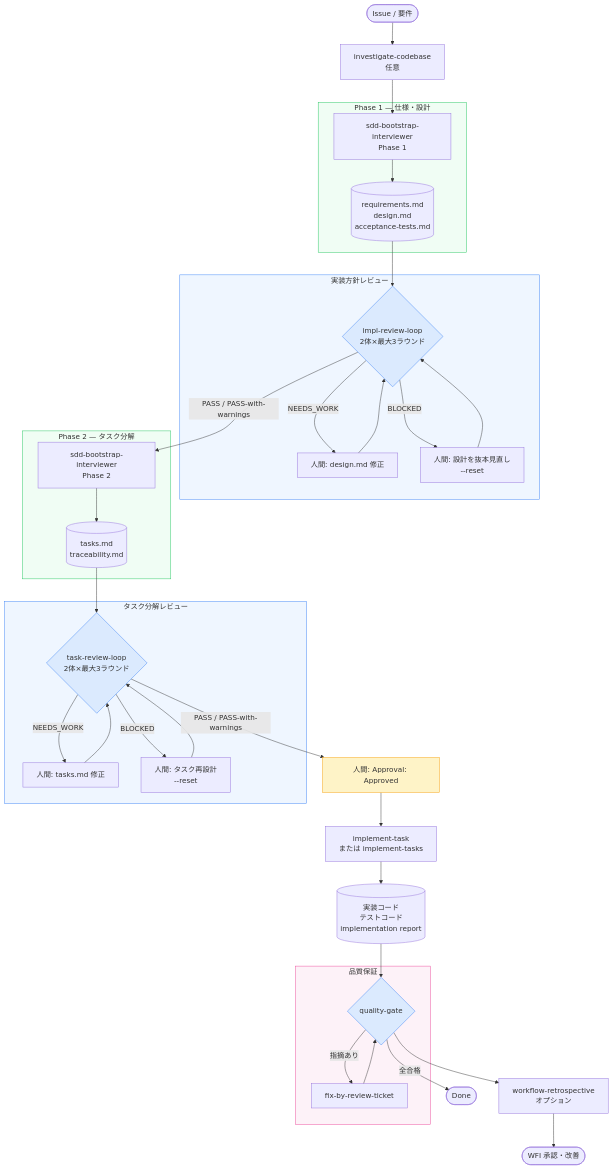
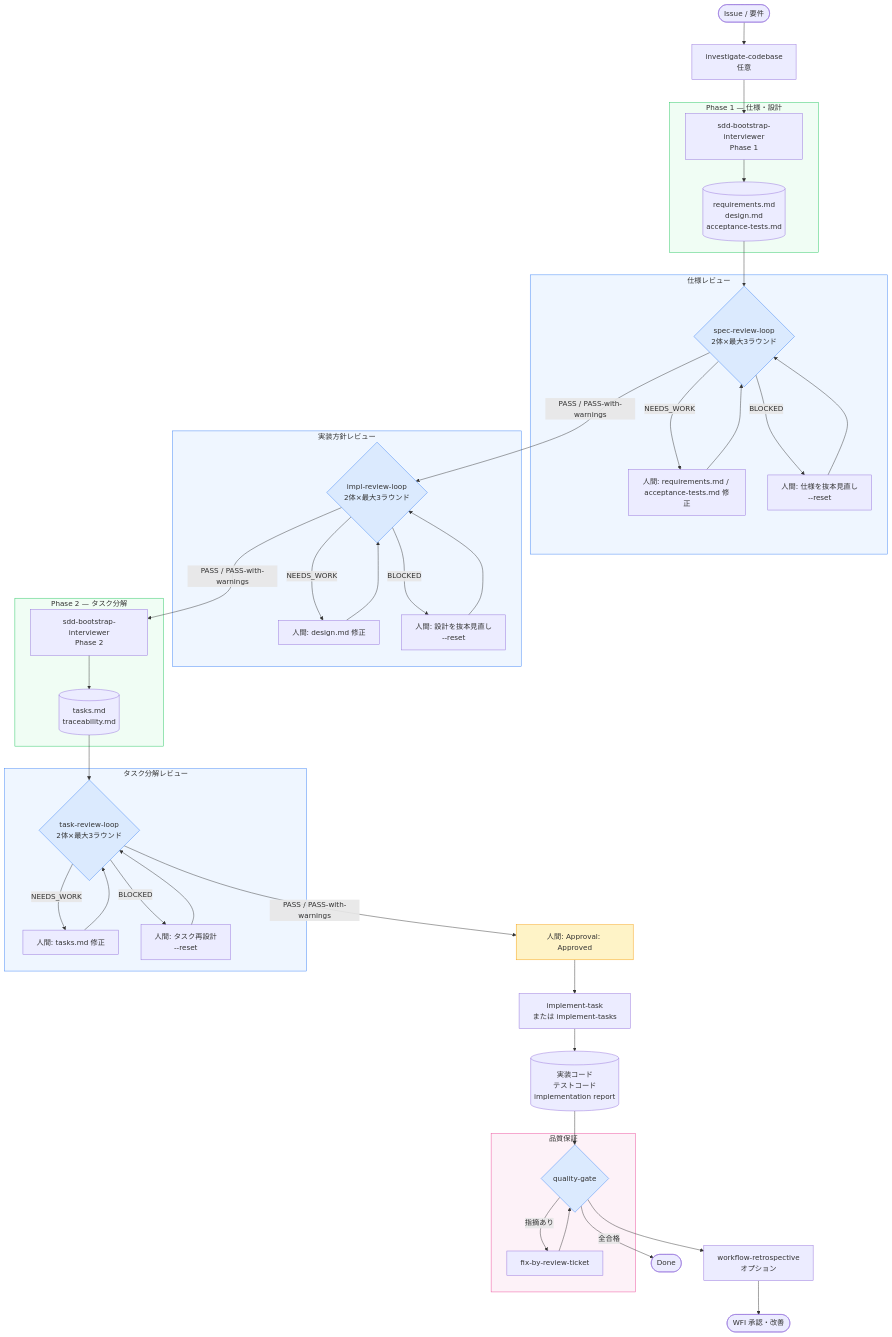
Before and after one commit to aharada54914/sdd-forge: the first of 2 diagrams in docs/workflow-guide.md, drawn with Mermaid. The commit also changed other lines of this file and 134 other files, not shown here.

````diff
--- a/docs/workflow-guide.md
+++ b/docs/workflow-guide.md
@@ -22,56 +22,67 @@
 ```mermaid
 flowchart TD
     A([Issue / 要件]) --> B[investigate-codebase\n任意]
 
     subgraph p1["Phase 1 — 仕様・設計"]
         C[sdd-bootstrap-interviewer\nPhase 1] --> D[(requirements.md\ndesign.md\nacceptance-tests.md)]
+    end
+
+    subgraph sr["仕様レビュー"]
+        S{spec-review-loop\n2体×最大3ラウンド}
+        SR[人間: requirements.md / acceptance-tests.md 修正]
+        SX[人間: 仕様を抜本見直し\n--reset]
+        S -- NEEDS_WORK --> SR --> S
+        S -- BLOCKED --> SX --> S
     end
 
     subgraph ir["実装方針レビュー"]
         E{impl-review-loop\n2体×最大3ラウンド}
         F[人間: design.md 修正]
         G[人間: 設計を抜本見直し\n--reset]
         E -- NEEDS_WORK --> F --> E
         E -- BLOCKED --> G --> E
     end
 
     subgraph p2["Phase 2 — タスク分解"]
         H[sdd-bootstrap-interviewer\nPhase 2] --> I[(tasks.md\ntraceability.md)]
     end
 
     subgraph tr["タスク分解レビュー"]
         J{task-review-loop\n2体×最大3ラウンド}
         K[人間: tasks.md 修正]
         L[人間: タスク再設計\n--reset]
         J -- NEEDS_WORK --> K --> J
         J -- BLOCKED --> L --> J
     end
 
     subgraph qg["品質保証"]
         P{quality-gate}
         Q[fix-by-review-ticket]
         P -- 指摘あり --> Q --> P
     end
 
     B --> C
-    D --> E
+    D --> S
+    S -- PASS / PASS-with-warnings --> E
     E -- PASS / PASS-with-warnings --> H
     I --> J
     J -- PASS / PASS-with-warnings --> M[人間: Approval: Approved]
     M --> N[implement-task\nまたは implement-tasks]
     N --> O[(実装コード\nテストコード\nimplementation report)]
     O --> P
     P -- 全合格 --> R([Done])
-    P --> S[workflow-retrospective\nオプション]
-    S --> T([WFI 承認・改善])
+    P --> W[workflow-retrospective\nオプション]
+    W --> T([WFI 承認・改善])
 
+    style S fill:#dbeafe,stroke:#3b82f6
     style E fill:#dbeafe,stroke:#3b82f6
     style J fill:#dbeafe,stroke:#3b82f6
     style P fill:#dbeafe,stroke:#3b82f6
     style M fill:#fef3c7,stroke:#f59e0b
     style p1 fill:#f0fdf4,stroke:#22c55e
     style p2 fill:#f0fdf4,stroke:#22c55e
+    style sr fill:#eff6ff,stroke:#3b82f6
     style ir fill:#eff6ff,stroke:#3b82f6
     style tr fill:#eff6ff,stroke:#3b82f6
     style qg fill:#fdf2f8,stroke:#ec4899
 ```
````
